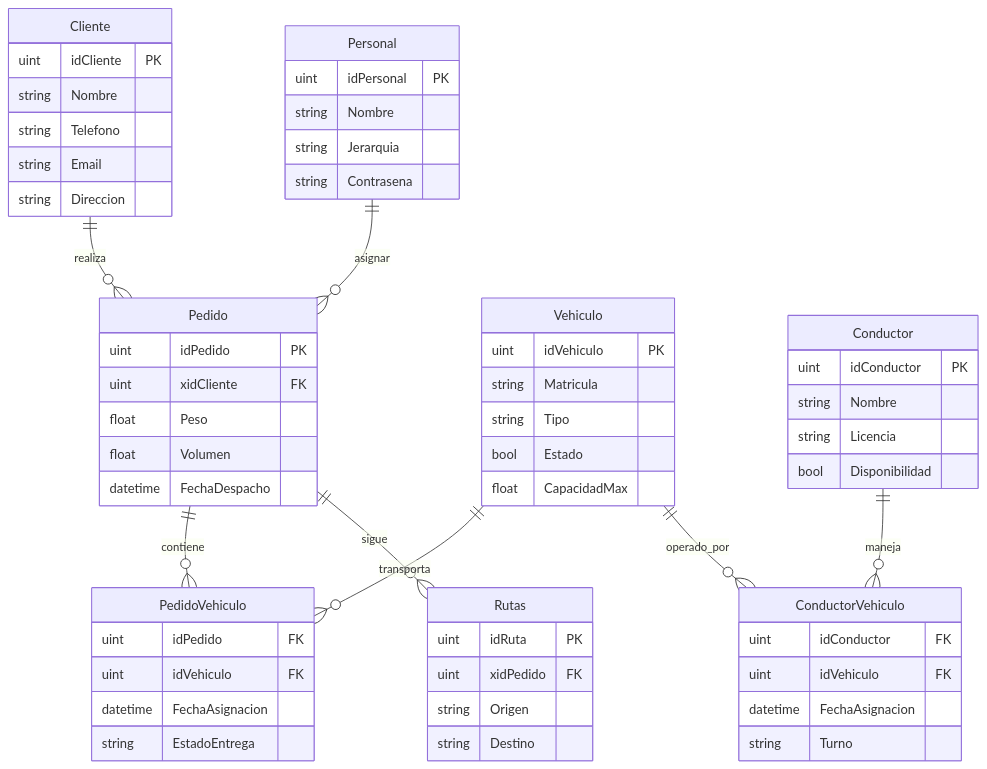
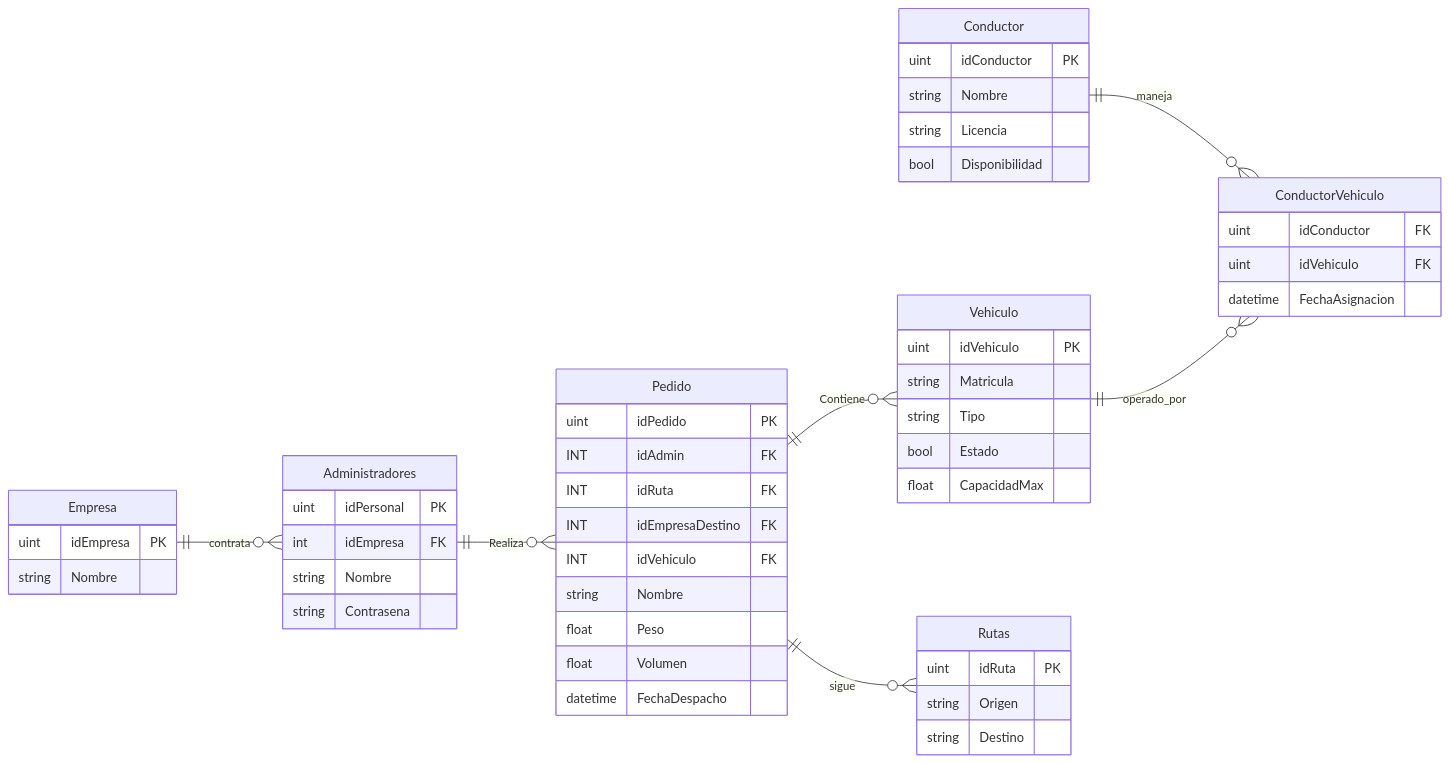
Before and after one commit to SirFrancis2007/Aurora: the diagram in Document/DataBaseDiagram.md, drawn with Mermaid. The commit also changed other lines of this file and 5 other files, not shown here.

````diff
--- a/Document/DataBaseDiagram.md
+++ b/Document/DataBaseDiagram.md
@@ -3,71 +3,62 @@
 ```mermaid
 erDiagram
-
+direction LR
     Pedido {
         uint      idPedido        PK
-        uint      xidCliente      FK
+        INT       idAdmin   FK
+        INT       idRuta    FK  
+        INT       idEmpresaDestino  FK
+        INT       idVehiculo    FK
+        string    Nombre
         float     Peso
         float     Volumen
         datetime  FechaDespacho
     }
 
-    Cliente {
-        uint     idCliente     PK
+    Empresa {
+        uint     idEmpresa     PK
         string   Nombre
-        string   Telefono
-        string   Email
-        string   Direccion
     }
 
     Vehiculo {
         uint     idVehiculo     PK
         string   Matricula
         string   Tipo
         bool     Estado
         float    CapacidadMax
     }
 
     Conductor {
         uint     idConductor    PK
         string   Nombre
         string   Licencia
         bool     Disponibilidad
     }
 
-    PedidoVehiculo {
-        uint     idPedido       FK
-        uint     idVehiculo     FK
-        datetime FechaAsignacion
-        string   EstadoEntrega
-    }
-
     ConductorVehiculo {
         uint     idConductor    FK
         uint     idVehiculo     FK
         datetime FechaAsignacion
-        string   Turno
     }
 
     Rutas {
         uint     idRuta         PK
-        uint     xidPedido      FK
         string   Origen
         string   Destino
     }
 
-    Personal {
+    Administradores {
         uint     idPersonal     PK
+        int      idEmpresa      FK 
         string   Nombre
-        string   Jerarquia
         string   Contrasena
     }
 
     %% Relaciones
-    Cliente ||--o{ Pedido : realiza
-    Pedido ||--o{ PedidoVehiculo : contiene
-    Vehiculo ||--o{ PedidoVehiculo : transporta
+    Empresa ||--o{ Administradores : contrata
     Conductor ||--o{ ConductorVehiculo : maneja
     Vehiculo ||--o{ ConductorVehiculo : operado_por
     Pedido ||--o{ Rutas : sigue
-    Personal ||--o{ Pedido : asignar
+    Administradores ||--o{ Pedido : Realiza
+    Pedido ||--o{ Vehiculo : Contiene
 ```
````
